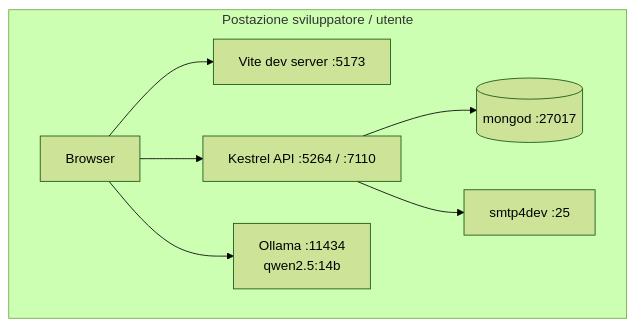
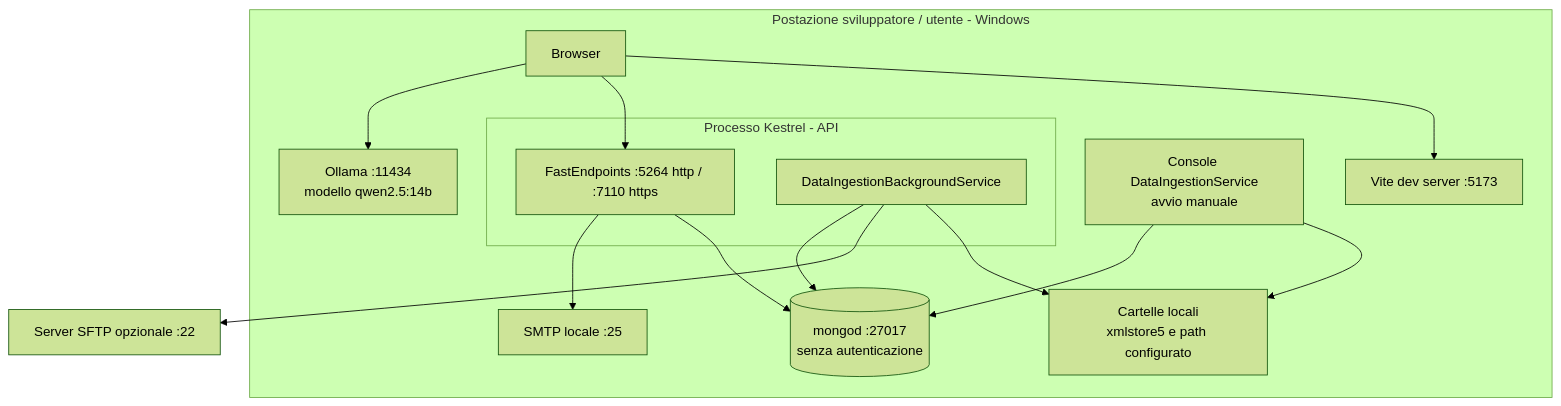
The sixth of 9 diagrams in customspa-it-loss-prevention-d098a8b97860/Docs/06_software_architecture.md (saristot/LOSS_PREVENTION), drawn with Mermaid (forest theme) before and after one commit. The commit also changed other lines of this file and 23 other files, not shown here.

````diff
--- a/customspa-it-loss-prevention-d098a8b97860/Docs/06_software_architecture.md
+++ b/customspa-it-loss-prevention-d098a8b97860/Docs/06_software_architecture.md
@@ -133,16 +327,27 @@
 ```mermaid
 flowchart TB
-  subgraph dev["Postazione sviluppatore / utente"]
+  subgraph ws["Postazione sviluppatore / utente - Windows"]
     br["Browser"]
     vite["Vite dev server :5173"]
-    oll["Ollama :11434<br/>qwen2.5:14b"]
-    kes["Kestrel API :5264 / :7110"]
-    mongo[("mongod :27017")]
-    smtp4["smtp4dev :25"]
+    oll["Ollama :11434<br/>modello qwen2.5:14b"]
+    subgraph kproc["Processo Kestrel - API"]
+      kes["FastEndpoints :5264 http / :7110 https"]
+      bgsvc["DataIngestionBackgroundService"]
+    end
+    con["Console DataIngestionService<br/>avvio manuale"]
+    mongo[("mongod :27017<br/>senza autenticazione")]
+    smtp4["SMTP locale :25"]
+    fs["Cartelle locali<br/>xmlstore5 e path configurato"]
   end
+  sftp["Server SFTP opzionale :22"]
   br --> vite
   br --> kes
   br --> oll
   kes --> mongo
   kes --> smtp4
+  bgsvc --> fs
+  bgsvc --> sftp
+  bgsvc --> mongo
+  con --> fs
+  con --> mongo
 ```
````
